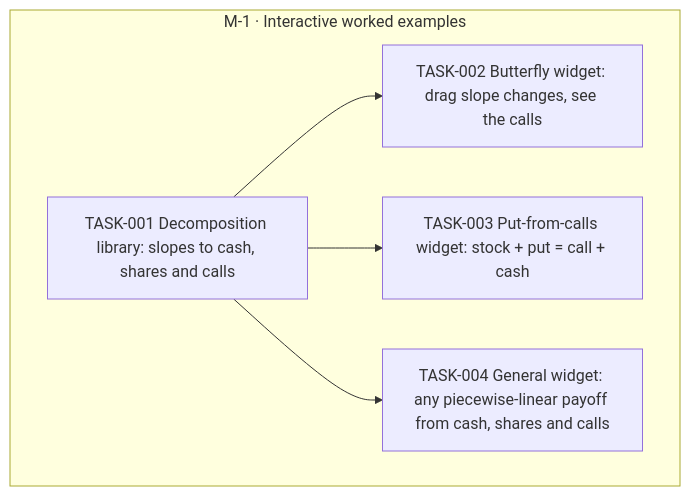
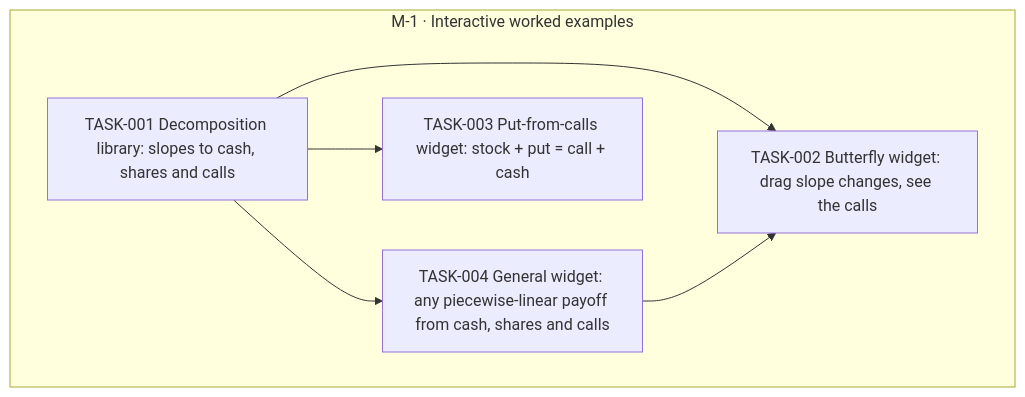
One commit to all-explained/options-explained changed the diagram in goals/improve-viz/README.md. Above: the diagram before and after it, drawn with Mermaid. The commit also changed 1 other file, not shown here.

Commit message:
goal(improve-viz): link TASK-002 after TASK-004

````diff
--- a/goals/improve-viz/README.md
+++ b/goals/improve-viz/README.md
@@ -25,15 +25,16 @@
 ```mermaid
 flowchart TD
   subgraph M_1["M-1 · Interactive worked examples"]
     TASK_001["TASK-001 Decomposition library: slopes to cash, shares and calls"]
     TASK_002["TASK-002 Butterfly widget: drag slope changes, see the calls"]
     TASK_003["TASK-003 Put-from-calls widget: stock + put = call + cash"]
     TASK_004["TASK-004 General widget: any piecewise-linear payoff from cash, shares and calls"]
   end
   TASK_001 --> TASK_002
+  TASK_004 --> TASK_002
   TASK_001 --> TASK_003
   TASK_001 --> TASK_004
   classDef draft stroke-dasharray: 4 3
   classDef cancelled opacity:0.45
   classDef decision fill:#f3e8ff,stroke:#7c3aed
 ```
````
